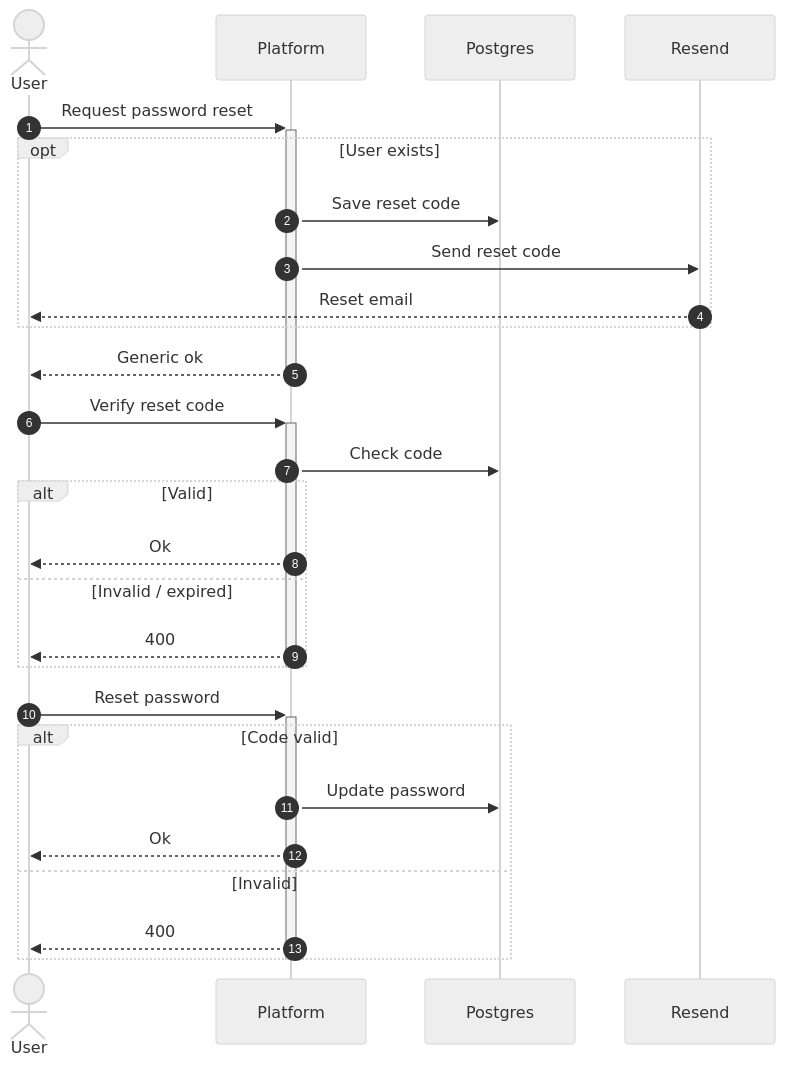
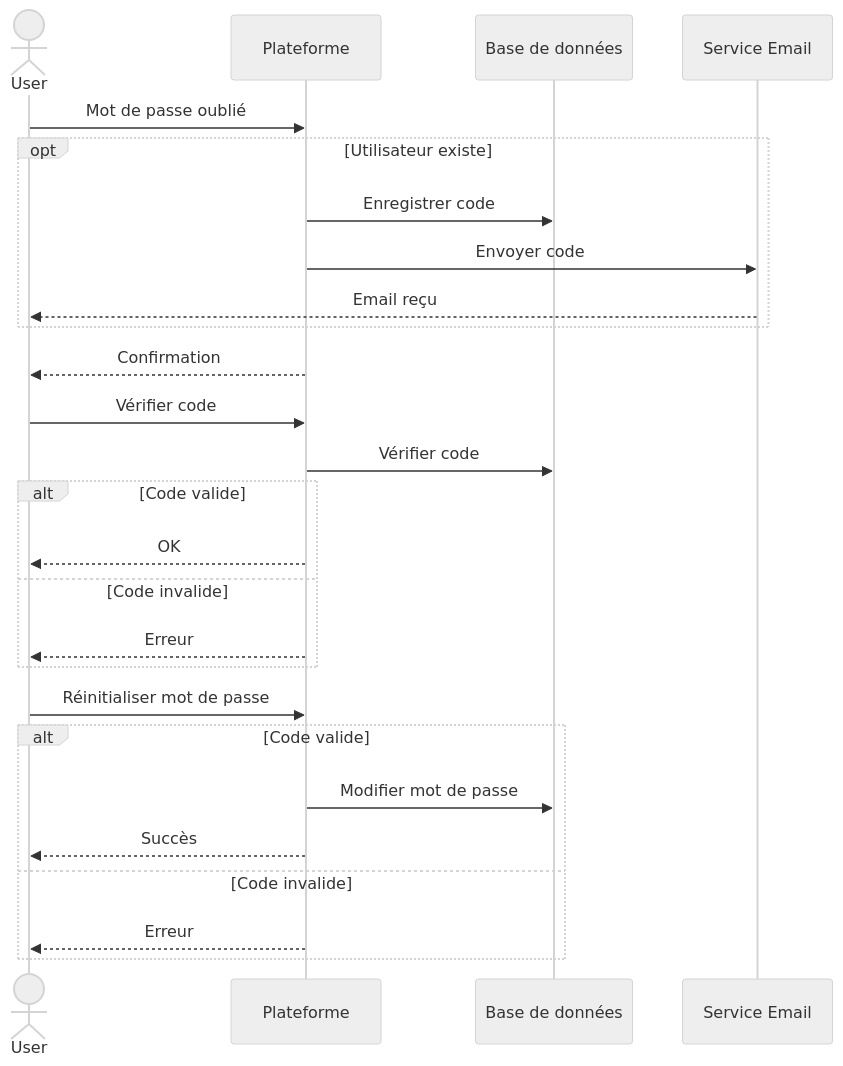
The third of 16 diagrams in docs/SEQUENCE_DIAGRAMS.md (MohamedChebbi123/teamnest), drawn with Mermaid (neutral theme) before and after one commit. The commit also changed other lines of this file, not shown here.

````diff
--- a/docs/SEQUENCE_DIAGRAMS.md
+++ b/docs/SEQUENCE_DIAGRAMS.md
@@ -100,34 +95,31 @@
 ```mermaid
 sequenceDiagram
-    autonumber
     actor User
-    participant API as Platform
-    participant DB as Postgres
-    participant Mail as Resend
+    participant API as Plateforme
+    participant DB as Base de données
+    participant Mail as Service Email
 
-    User->>+API: Request password reset
-    opt User exists
-        API->>DB: Save reset code
-        API->>Mail: Send reset code
-        Mail-->>User: Reset email
+    User->>API: Mot de passe oublié
+    opt Utilisateur existe
+        API->>DB: Enregistrer code
+        API->>Mail: Envoyer code
+        Mail-->>User: Email reçu
     end
-    API-->>-User: Generic ok
+    API-->>User: Confirmation
 
-    User->>+API: Verify reset code
-    API->>DB: Check code
-    alt Valid
-        API-->>User: Ok
-    else Invalid / expired
-        API-->>User: 400
+    User->>API: Vérifier code
+    API->>DB: Vérifier code
+    alt Code valide
+        API-->>User: OK
+    else Code invalide
+        API-->>User: Erreur
     end
-    deactivate API
 
-    User->>+API: Reset password
-    alt Code valid
-        API->>DB: Update password
-        API-->>User: Ok
-    else Invalid
-        API-->>User: 400
+    User->>API: Réinitialiser mot de passe
+    alt Code valide
+        API->>DB: Modifier mot de passe
+        API-->>User: Succès
+    else Code invalide
+        API-->>User: Erreur
     end
-    deactivate API
 ```
````
